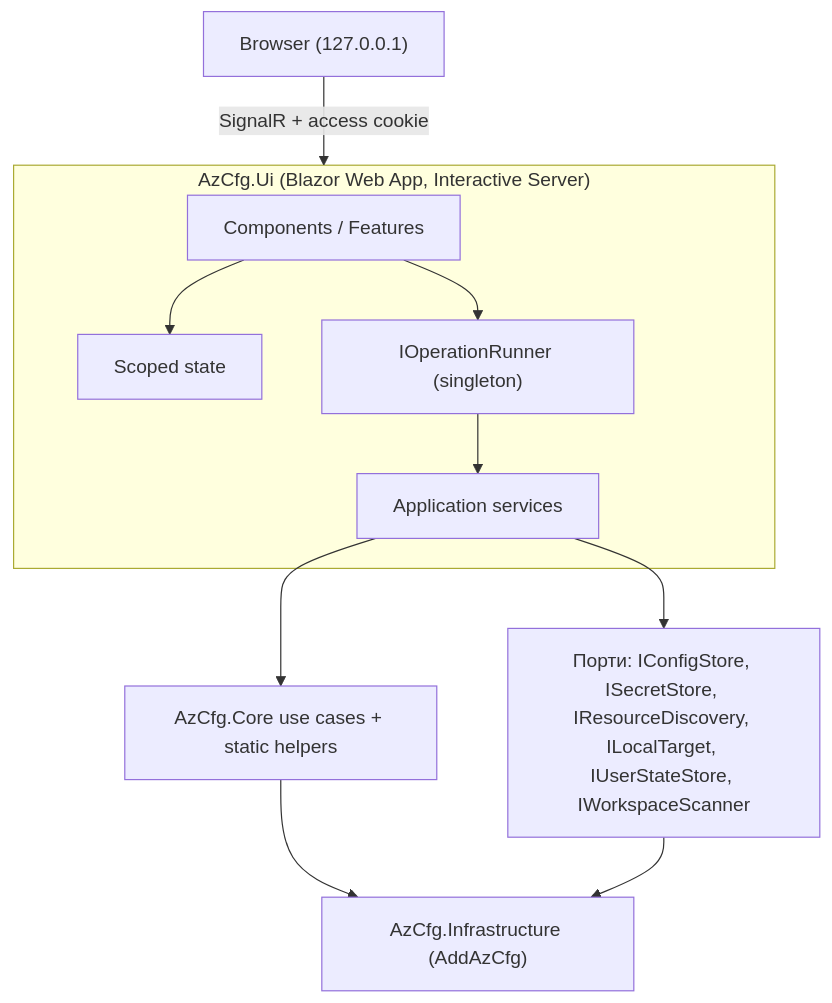
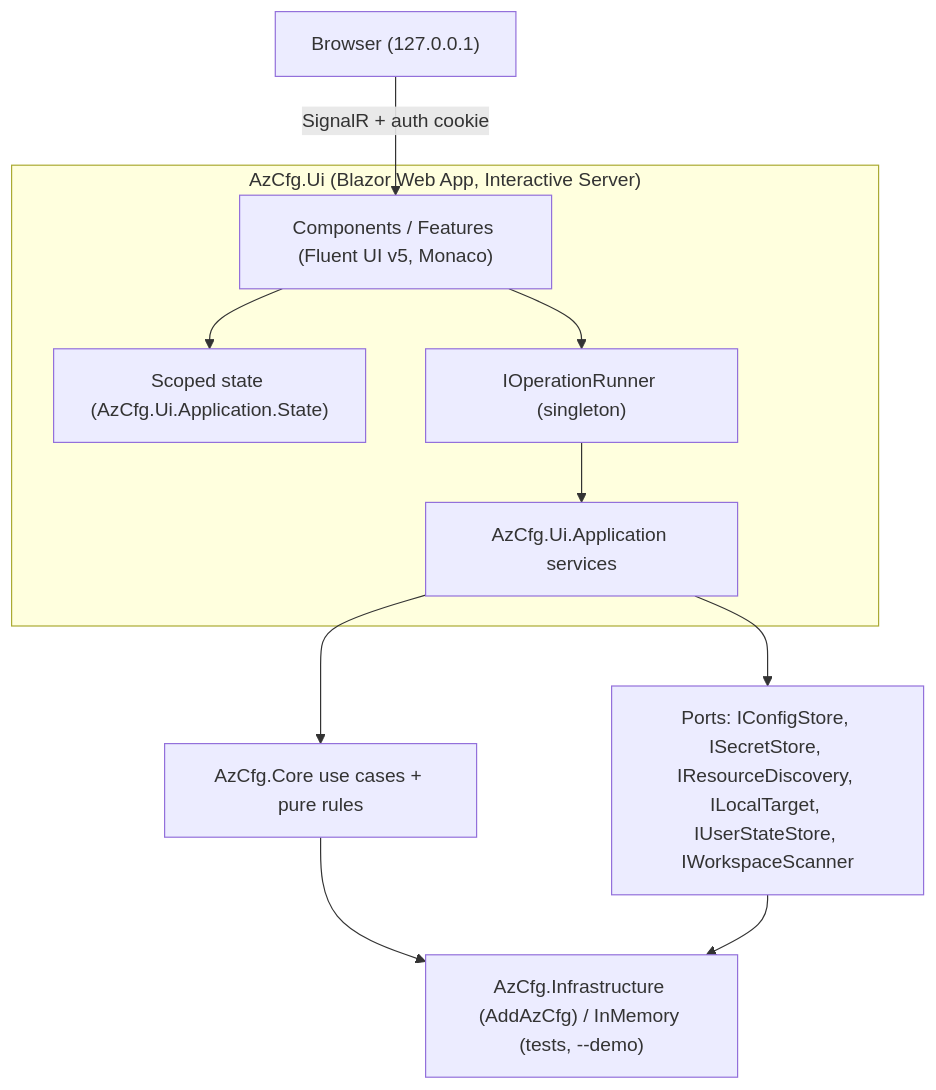
One commit to lordoleksiy/AzCfg changed the first of 2 diagrams in docs/ui-mvp-plan.md. Above: the diagram before and after it, drawn with Mermaid. The commit also changed other lines of this file and 1 other file, not shown here.

First line of the commit message:
Rewrite UI MVP plan: Browse/Compare/Sync modes, Fluent UI v5, Core-owned rules

````diff
--- a/docs/ui-mvp-plan.md
+++ b/docs/ui-mvp-plan.md
@@ -292,13 +551,13 @@
 ```mermaid
 graph TD
-  Browser["Browser (127.0.0.1)"] -- "SignalR + access cookie" --> Host
+  Browser["Browser (127.0.0.1)"] -- "SignalR + auth cookie" --> UI
   subgraph Host["AzCfg.Ui (Blazor Web App, Interactive Server)"]
-    Components["Components / Features"] --> State["Scoped state"]
-    Components --> Runner["IOperationRunner (singleton)"]
-    Runner --> App["Application services"]
+    UI["Components / Features (Fluent UI v5, Monaco)"] --> State["Scoped state (AzCfg.Ui.Application.State)"]
+    UI --> Runner["IOperationRunner (singleton)"]
+    Runner --> App["AzCfg.Ui.Application services"]
   end
-  App --> Core["AzCfg.Core use cases + static helpers"]
-  App --> Ports["Порти: IConfigStore, ISecretStore, IResourceDiscovery, ILocalTarget, IUserStateStore, IWorkspaceScanner"]
-  Core --> Infra["AzCfg.Infrastructure (AddAzCfg)"]
+  App --> Core["AzCfg.Core use cases + pure rules"]
+  App --> Ports["Ports: IConfigStore, ISecretStore, IResourceDiscovery, ILocalTarget, IUserStateStore, IWorkspaceScanner"]
+  Core --> Infra["AzCfg.Infrastructure (AddAzCfg) / InMemory (tests, --demo)"]
   Ports --> Infra
 ```
````
